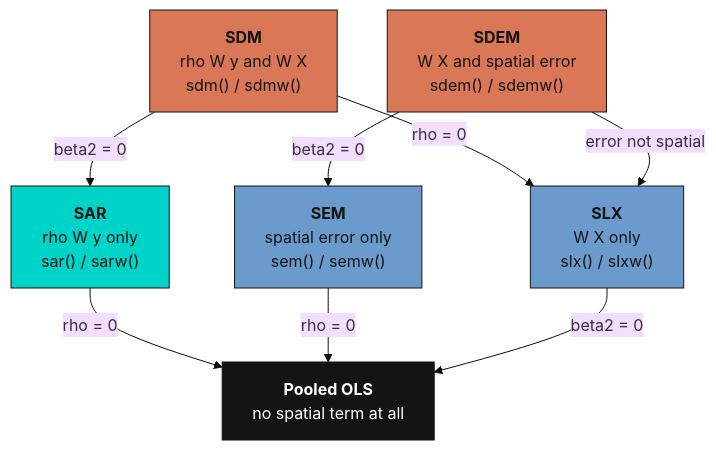
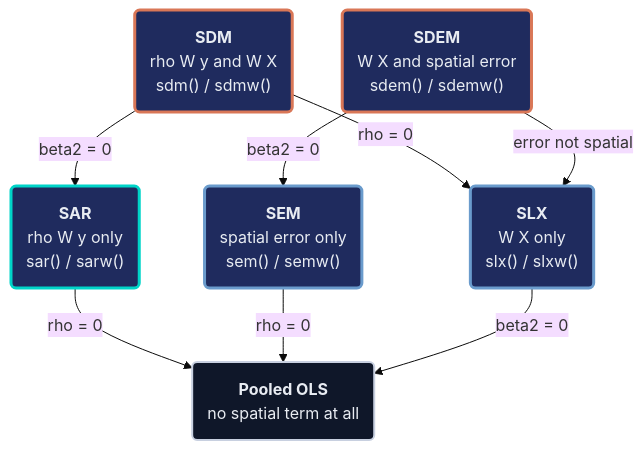
The fourth of 4 diagrams in content/post/r_estimateW/index.md (cmg777/starter-academic-v501), drawn with Mermaid (base theme) before and after one commit. The commit also changed other lines of this file and 2 other files, not shown here.

First line of the commit message:
content(mermaid): restyle flowcharts in stata_rct, python_dowhy, r_estimateW (pilot)

````diff
--- a/content/post/r_estimateW/index.md
+++ b/content/post/r_estimateW/index.md
@@ -1067,17 +1075,18 @@
 ```mermaid
 graph TD
-    SDM["<b>SDM</b><br/>rho W y and W X<br/>sdm() / sdmw()"] -->|"beta2 = 0"| SAR["<b>SAR</b><br/>rho W y only<br/>sar() / sarw()"]
-    SDM -->|"rho = 0"| SLX["<b>SLX</b><br/>W X only<br/>slx() / slxw()"]
-    SDEM["<b>SDEM</b><br/>W X and spatial error<br/>sdem() / sdemw()"] -->|"beta2 = 0"| SEM["<b>SEM</b><br/>spatial error only<br/>sem() / semw()"]
+    SDM("<b>SDM</b><br/>rho W y and W X<br/>sdm() / sdmw()") -->|"beta2 = 0"| SAR("<b>SAR</b><br/>rho W y only<br/>sar() / sarw()")
+    SDM -->|"rho = 0"| SLX("<b>SLX</b><br/>W X only<br/>slx() / slxw()")
+    SDEM("<b>SDEM</b><br/>W X and spatial error<br/>sdem() / sdemw()") -->|"beta2 = 0"| SEM("<b>SEM</b><br/>spatial error only<br/>sem() / semw()")
     SDEM -->|"error not spatial"| SLX
-    SAR -->|"rho = 0"| OLS["<b>Pooled OLS</b><br/>no spatial term at all"]
+    SAR -->|"rho = 0"| OLS("<b>Pooled OLS</b><br/>no spatial term at all")
     SEM -->|"rho = 0"| OLS
     SLX -->|"beta2 = 0"| OLS
-
-    style SDM fill:#d97757,stroke:#141413,color:#141413
-    style SDEM fill:#d97757,stroke:#141413,color:#141413
-    style SAR fill:#00d4c8,stroke:#141413,color:#141413
-    style SEM fill:#6a9bcc,stroke:#141413,color:#141413
-    style SLX fill:#6a9bcc,stroke:#141413,color:#141413
-    style OLS fill:#141413,stroke:#141413,color:#fff
+    classDef orange fill:#1f2b5e,stroke:#d97757,stroke-width:3px,color:#e8ecf2
+    classDef teal fill:#1f2b5e,stroke:#00d4c8,stroke-width:3px,color:#e8ecf2
+    classDef blue fill:#1f2b5e,stroke:#6a9bcc,stroke-width:3px,color:#e8ecf2
+    classDef anchor fill:#0f1729,stroke:#c8d0e0,stroke-width:2px,color:#e8ecf2
+    class SDM,SDEM orange
+    class SAR teal
+    class SEM,SLX blue
+    class OLS anchor
 ```
````
